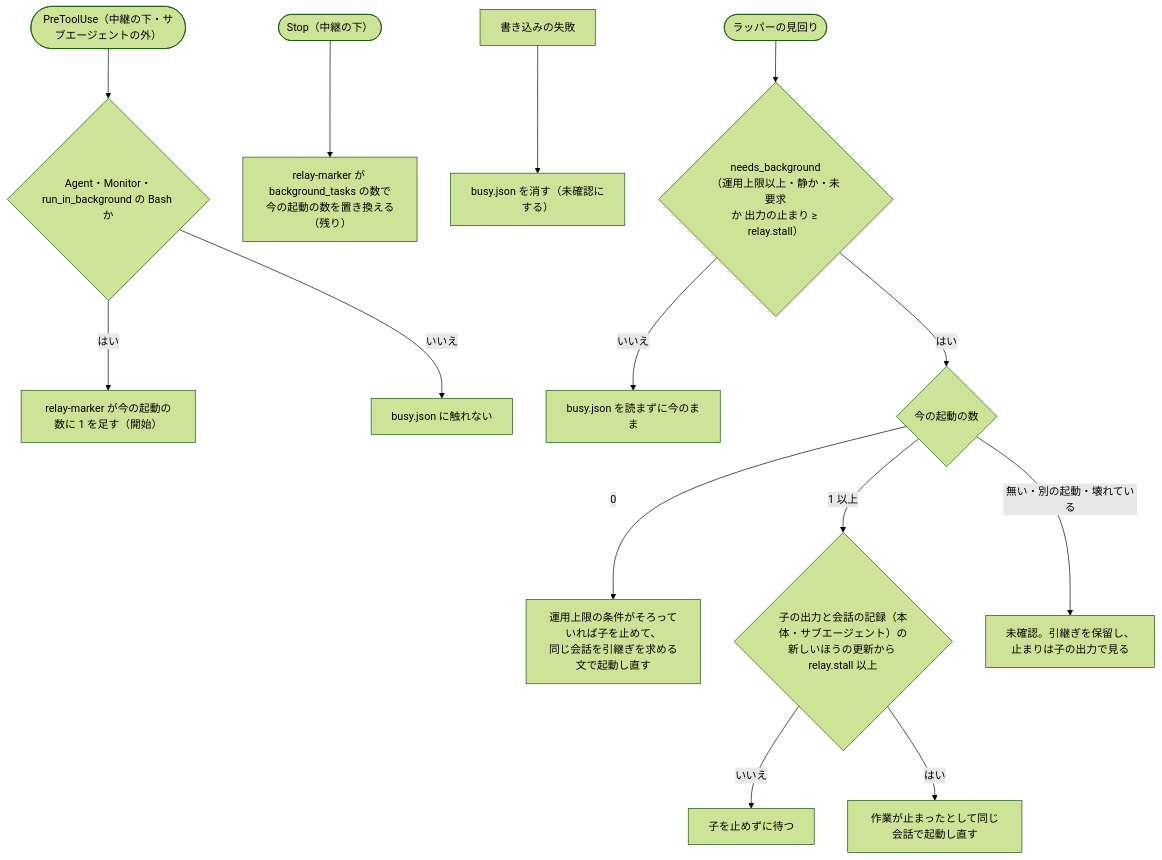
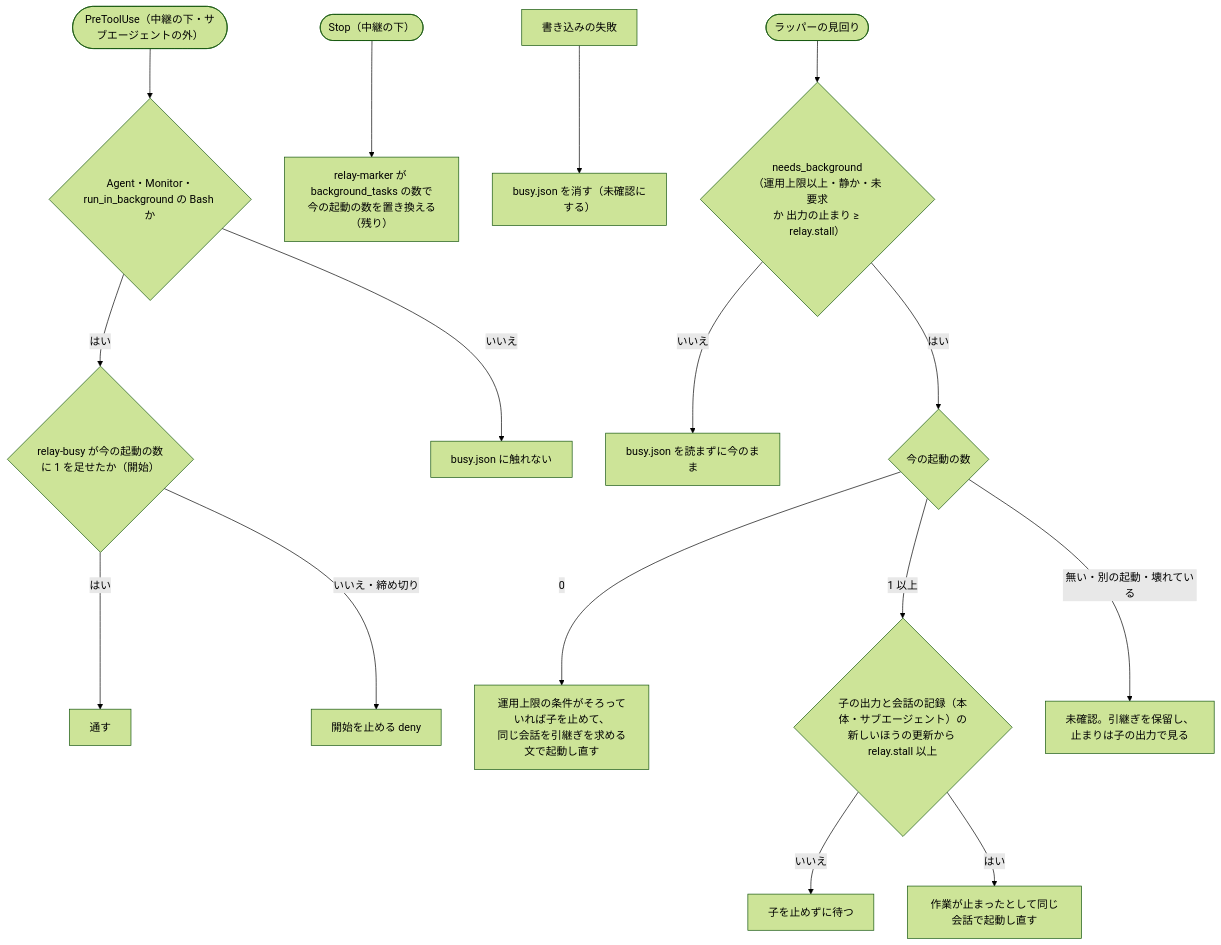
Before and after one commit to devbasex/ai-plugins: the fourth of 4 diagrams in issues/issue-3995-design.md, drawn with Mermaid (forest theme). The commit also changed other lines of this file and 1 other file, not shown here.

Commit message:
Docs: 背景の作業の開始の記録を fail_closed の guard relay-busy に分け、締め切りの経路でも記録できない開始を止める（#3995 のクロスレビュー r5-4）

````diff
--- a/issues/issue-3995-design.md
+++ b/issues/issue-3995-design.md
@@ -120,16 +120,18 @@
 ```mermaid
 flowchart TD
   P([PreToolUse（中継の下・サブエージェントの外）]) --> P1{Agent・Monitor・<br>run_in_background の Bash か}
-  P1 -- はい --> W0[relay-marker が今の起動の数に 1 を足す（開始）]
+  P1 -- はい --> W0{relay-busy が今の起動の数に 1 を足せたか（開始）}
+  W0 -- はい --> W0A[通す]
+  W0 -- いいえ・締め切り --> W0B[開始を止める deny]
   P1 -- いいえ --> P2[busy.json に触れない]
   S([Stop（中継の下）]) --> W1[relay-marker が background_tasks の数で<br>今の起動の数を置き換える（残り）]
   F[書き込みの失敗] --> W2[busy.json を消す（未確認にする）]
   Q([ラッパーの見回り]) --> O{needs_background<br>（運用上限以上・静か・未要求<br>か 出力の止まり ≥ relay.stall）}
   O -- いいえ --> N[busy.json を読まずに今のまま]
   O -- はい --> BG{今の起動の数}
   BG -- 0 --> H[運用上限の条件がそろっていれば子を止めて、<br>同じ会話を引継ぎを求める文で起動し直す]
   BG -- 1 以上 --> A{子の出力と会話の記録（本体・サブエージェント）の<br>新しいほうの更新から relay.stall 以上}
   A -- いいえ --> WT[子を止めずに待つ]
   A -- はい --> R[作業が止まったとして同じ会話で起動し直す]
   BG -- 無い・別の起動・壊れている --> U[未確認。引継ぎを保留し、<br>止まりは子の出力で見る]
 ```
````
